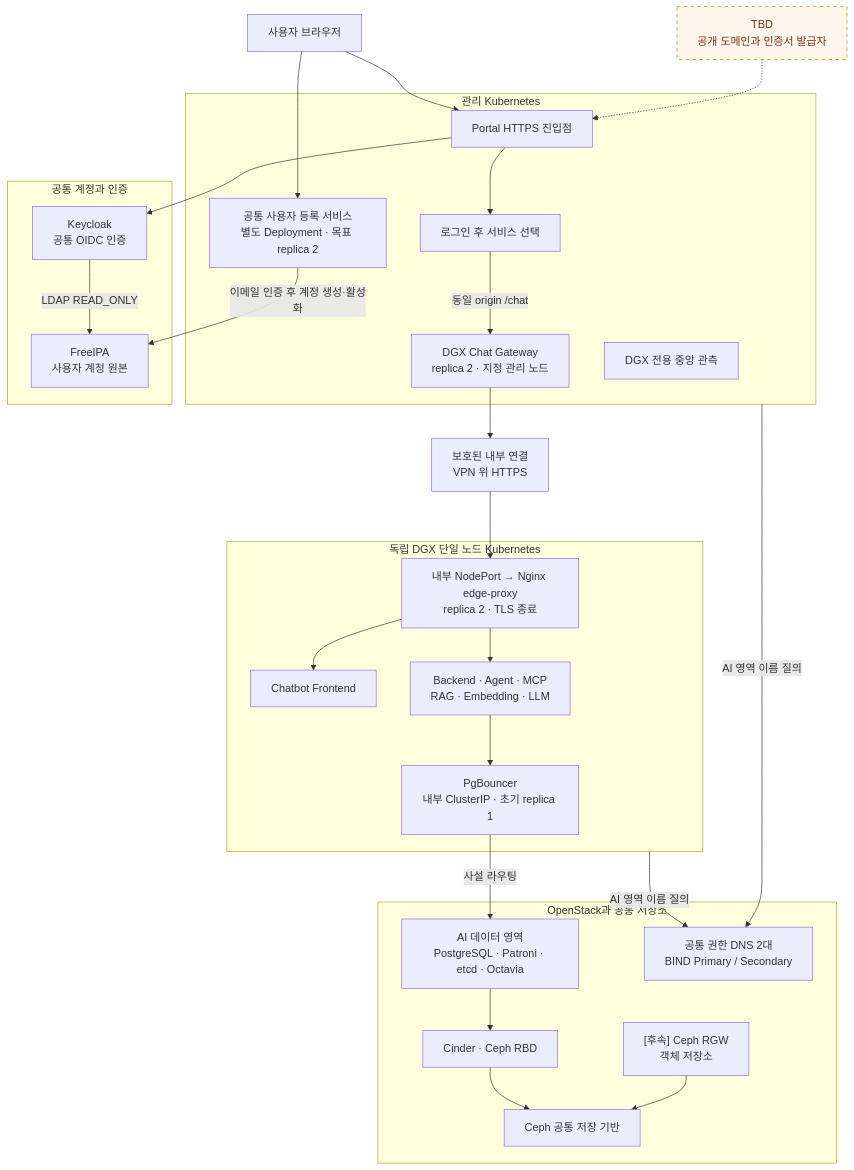
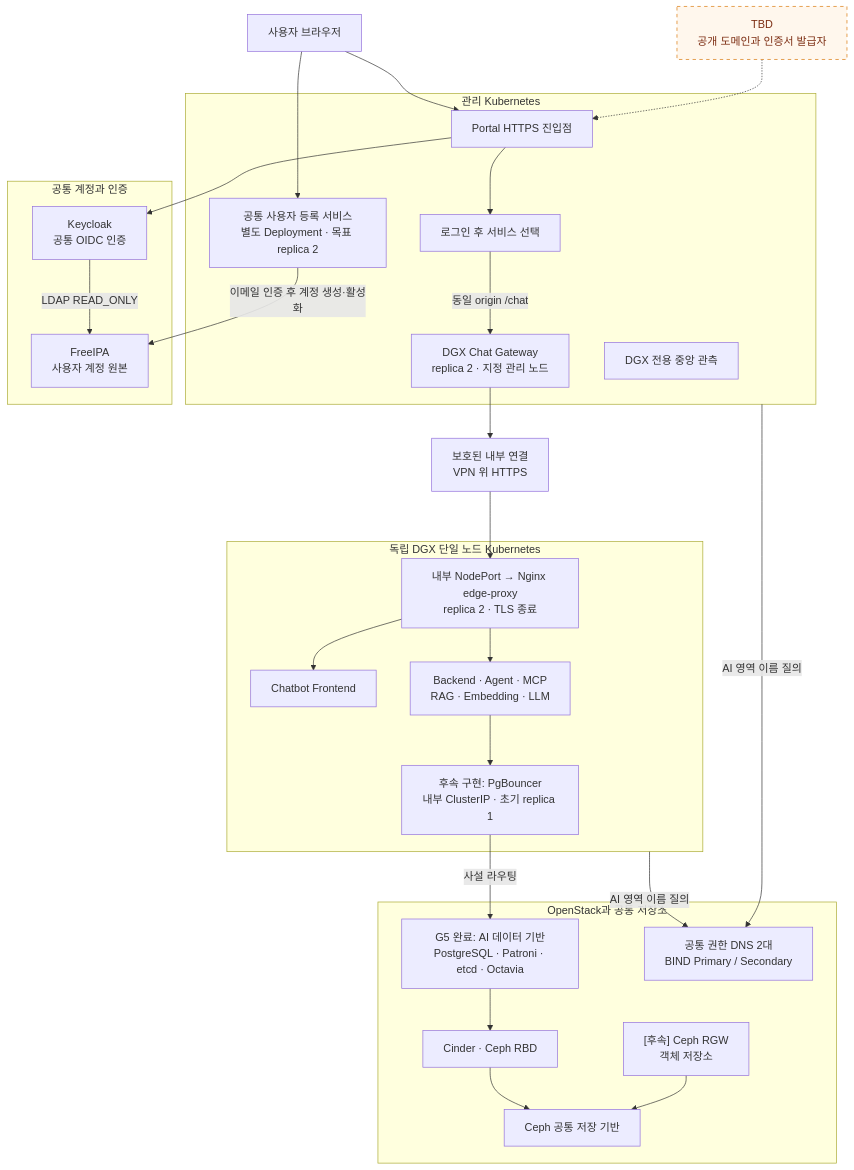
One commit to seungyeobchoi/portfolio changed the first of 7 diagrams in docs/ai-chatbot-architecture.md. Above: the diagram before and after it, drawn with Mermaid. The commit also changed other lines of this file and 8 other files, not shown here.

First line of the commit message:
docs: complete G5 HA case study and refresh AI architecture

````diff
--- a/docs/ai-chatbot-architecture.md
+++ b/docs/ai-chatbot-architecture.md
@@ -44,47 +45,47 @@
 ```mermaid
 flowchart TB
     USER["사용자 브라우저"]
     subgraph MGMT["관리 Kubernetes"]
         PORTAL["Portal HTTPS 진입점"]
         SELECT["로그인 후 서비스 선택"]
         GW["DGX Chat Gateway<br/>replica 2 · 지정 관리 노드"]
         REG["공통 사용자 등록 서비스<br/>별도 Deployment · 목표 replica 2"]
         OBS["DGX 전용 중앙 관측"]
     end
     subgraph IDENTITY["공통 계정과 인증"]
         IPA["FreeIPA<br/>사용자 계정 원본"]
         KC["Keycloak<br/>공통 OIDC 인증"]
     end
     LINK["보호된 내부 연결<br/>VPN 위 HTTPS"]
     subgraph DGX["독립 DGX 단일 노드 Kubernetes"]
         EDGE["내부 NodePort → Nginx edge-proxy<br/>replica 2 · TLS 종료"]
         FRONT["Chatbot Frontend"]
         AI["Backend · Agent · MCP<br/>RAG · Embedding · LLM"]
-        POOL["PgBouncer<br/>내부 ClusterIP · 초기 replica 1"]
+        POOL["후속 구현: PgBouncer<br/>내부 ClusterIP · 초기 replica 1"]
     end
     subgraph CLOUD["OpenStack과 공통 저장소"]
-        DATA["AI 데이터 영역<br/>PostgreSQL · Patroni · etcd · Octavia"]
+        DATA["G5 완료: AI 데이터 기반<br/>PostgreSQL · Patroni · etcd · Octavia"]
         DNS["공통 권한 DNS 2대<br/>BIND Primary / Secondary"]
         STORAGE["Cinder · Ceph RBD"]
         CEPH["Ceph 공통 저장 기반"]
         RGW["[후속] Ceph RGW<br/>객체 저장소"]
     end
     PUBLIC["TBD<br/>공개 도메인과 인증서 발급자"]
     USER --> PORTAL --> SELECT
     PORTAL --> KC
     KC -->|"LDAP READ_ONLY"| IPA
     USER --> REG -->|"이메일 인증 후 계정 생성·활성화"| IPA
     SELECT -->|"동일 origin /chat"| GW
     GW --> LINK --> EDGE
     EDGE --> FRONT
     EDGE --> AI
     AI --> POOL -->|"사설 라우팅"| DATA
     DGX -->|"AI 영역 이름 질의"| DNS
     MGMT -->|"AI 영역 이름 질의"| DNS
     DATA --> STORAGE
     STORAGE --> CEPH
     RGW --> CEPH
     PUBLIC -.-> PORTAL
     classDef tbd fill:#fff7ed,stroke:#d97706,color:#7c2d12,stroke-dasharray:5 5;
     class PUBLIC tbd;
 ```
````
